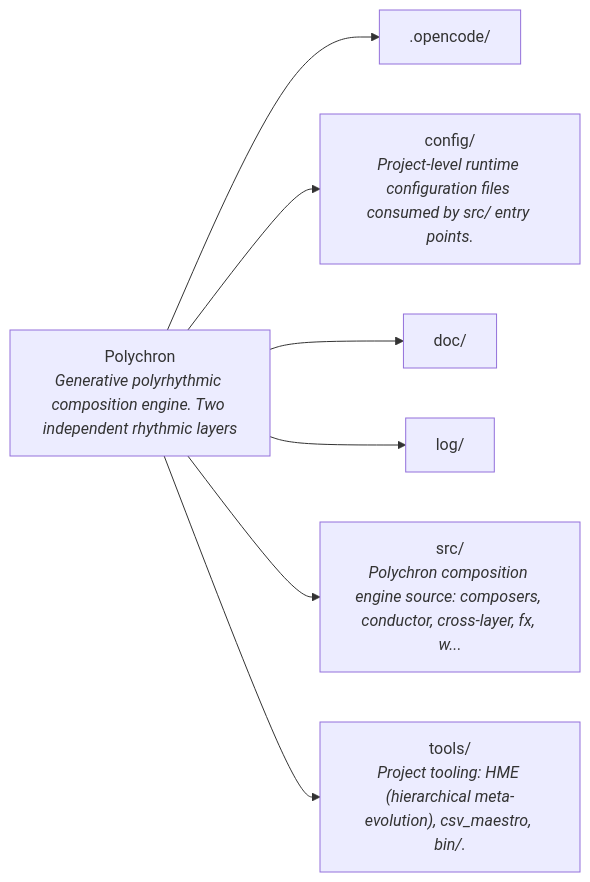
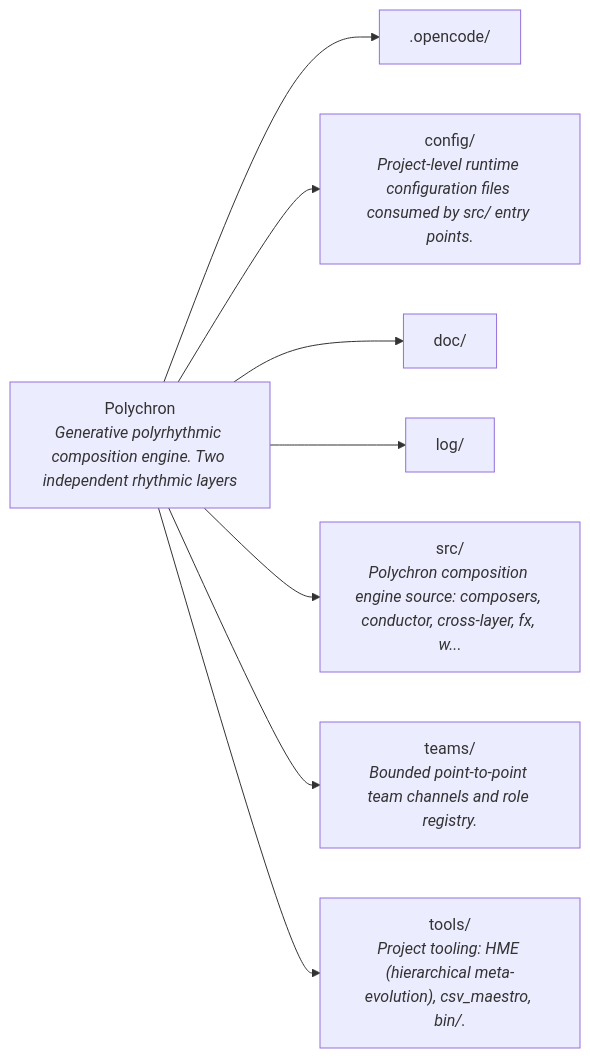
One commit to PolychronMidi/Polychron changed the first of 7 diagrams in README.md. Above: the diagram before and after it, drawn with Mermaid. The commit also changed other lines of this file and 3 other files, not shown here.

````diff
--- a/README.md
+++ b/README.md
@@ -58,16 +58,18 @@
 ```mermaid
 flowchart LR
     root["Polychron<br/><i>Generative polyrhythmic composition engine. Two independent rhythmic layers</i>"]
     _opencode[".opencode/"]
     root --> _opencode
     config["config/<br/><i>Project-level runtime configuration files consumed by src/ entry points.</i>"]
     root --> config
     doc["doc/"]
     root --> doc
     log["log/"]
     root --> log
     src["src/<br/><i>Polychron composition engine source: composers, conductor, cross-layer, fx, w...</i>"]
     root --> src
+    teams["teams/<br/><i>Bounded point-to-point team channels and role registry.</i>"]
+    root --> teams
     tools["tools/<br/><i>Project tooling: HME (hierarchical meta-evolution), csv_maestro, bin/.</i>"]
     root --> tools
 ```
````
